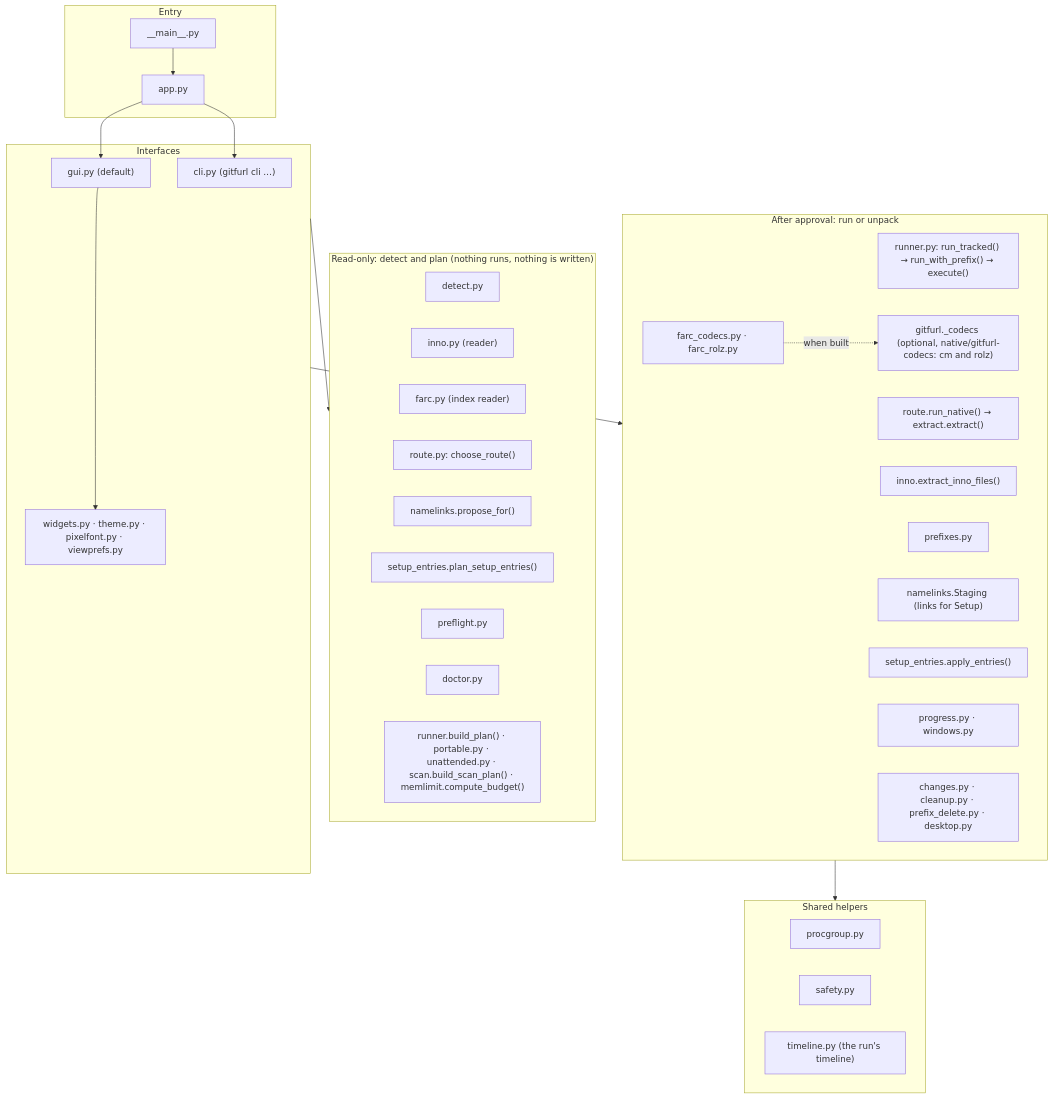
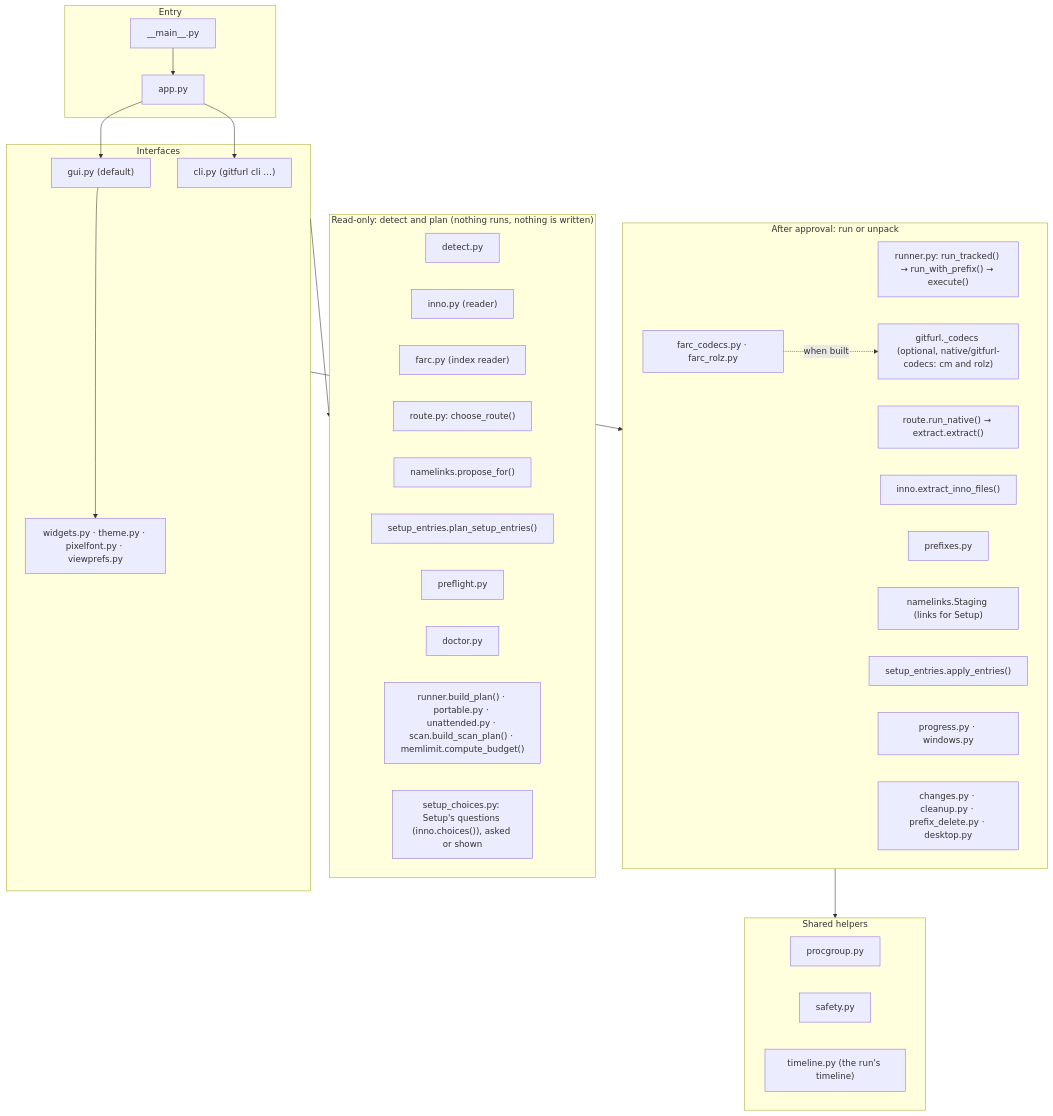
One commit to undecuple/gitfurl changed the first of 6 diagrams in docs/code-map.md. Above: the diagram before and after it, drawn with Mermaid. The commit also changed other lines of this file and 18 other files, not shown here.

Commit message:
Setup's choices: ask the wizard's questions and apply the answers per route (Inno Setup) (#74)

````diff
--- a/docs/code-map.md
+++ b/docs/code-map.md
@@ -9,45 +9,46 @@
 ```mermaid
 flowchart TB
   subgraph entry["Entry"]
     main["__main__.py"] --> app["app.py"]
   end
   subgraph ui["Interfaces"]
     gui["gui.py (default)"]
     cli["cli.py (gitfurl cli …)"]
     widgets["widgets.py · theme.py · pixelfont.py · viewprefs.py"]
   end
   subgraph plan["Read-only: detect and plan (nothing runs, nothing is written)"]
     detect["detect.py"]
     inno["inno.py (reader)"]
     farc["farc.py (index reader)"]
     route["route.py: choose_route()"]
     links["namelinks.propose_for()"]
     entries["setup_entries.plan_setup_entries()"]
     preflight["preflight.py"]
     doctor["doctor.py"]
     builders["runner.build_plan() · portable.py · unattended.py · scan.build_scan_plan() · memlimit.compute_budget()"]
+    choices["setup_choices.py: Setup's questions (inno.choices()), asked or shown"]
   end
   subgraph run["After approval: run or unpack"]
     runner["runner.py: run_tracked() → run_with_prefix() → execute()"]
     native["route.run_native() → extract.extract()"]
     innox["inno.extract_inno_files()"]
     codecs["farc_codecs.py · farc_rolz.py"]
     rust["gitfurl._codecs (optional, native/gitfurl-codecs: cm and rolz)"]
     prefixes["prefixes.py"]
     staging["namelinks.Staging (links for Setup)"]
     apply["setup_entries.apply_entries()"]
     progress["progress.py · windows.py"]
     changes["changes.py · cleanup.py · prefix_delete.py · desktop.py"]
   end
   subgraph shared["Shared helpers"]
     procgroup["procgroup.py"]
     safety["safety.py"]
     timeline["timeline.py (the run's timeline)"]
   end
   app --> gui & cli
   gui --> widgets
   ui --> plan
   ui --> run
   codecs -.->|when built| rust
   run --> shared
 ```
````
